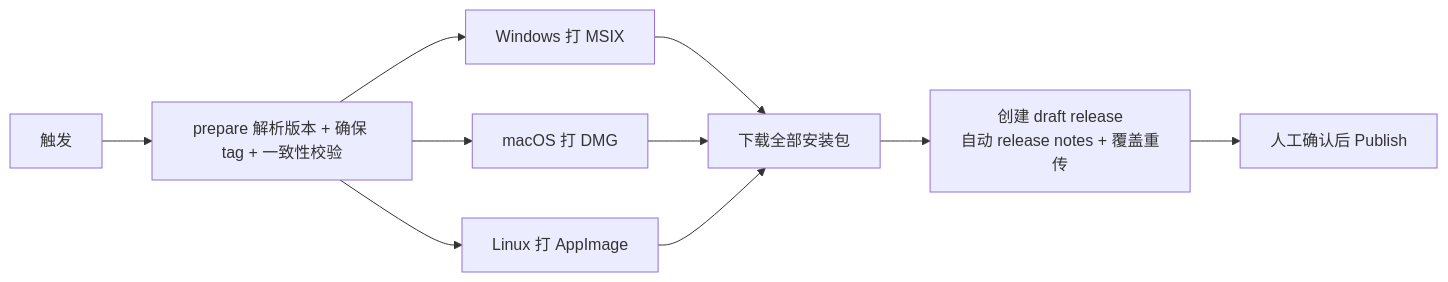
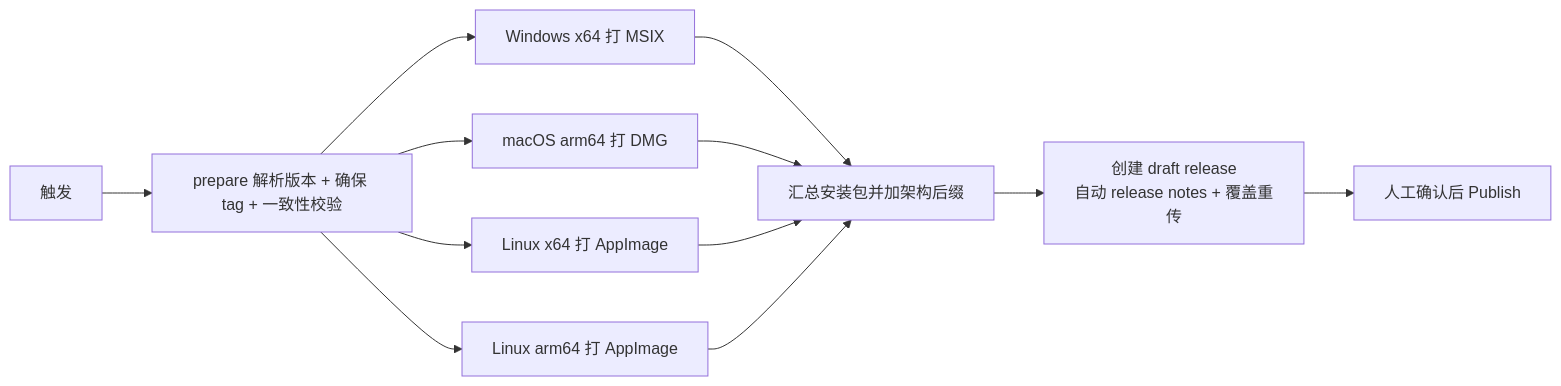
The diagram in docs/packaging.md (UniversalProgressions/flutter_civitai_box), drawn with Mermaid before and after one commit. The commit also changed other lines of this file and 3 other files, not shown here.

Commit message:
feat(release): arch matrix (win-x64/mac-arm64/linux-x64+arm64) + arch in filenames

````diff
--- a/docs/packaging.md
+++ b/docs/packaging.md
@@ -78,12 +84,14 @@
 ```mermaid
 flowchart LR
     A[触发] --> B[prepare 解析版本 + 确保 tag + 一致性校验]
-    B --> C1[Windows 打 MSIX]
-    B --> C2[macOS 打 DMG]
-    B --> C3[Linux 打 AppImage]
-    C1 --> D[下载全部安装包]
+    B --> C1[Windows x64 打 MSIX]
+    B --> C2[macOS arm64 打 DMG]
+    B --> C3[Linux x64 打 AppImage]
+    B --> C4[Linux arm64 打 AppImage]
+    C1 --> D[汇总安装包并加架构后缀]
     C2 --> D
     C3 --> D
+    C4 --> D
     D --> E[创建 draft release<br/>自动 release notes + 覆盖重传]
     E --> F[人工确认后 Publish]
 ```
````
